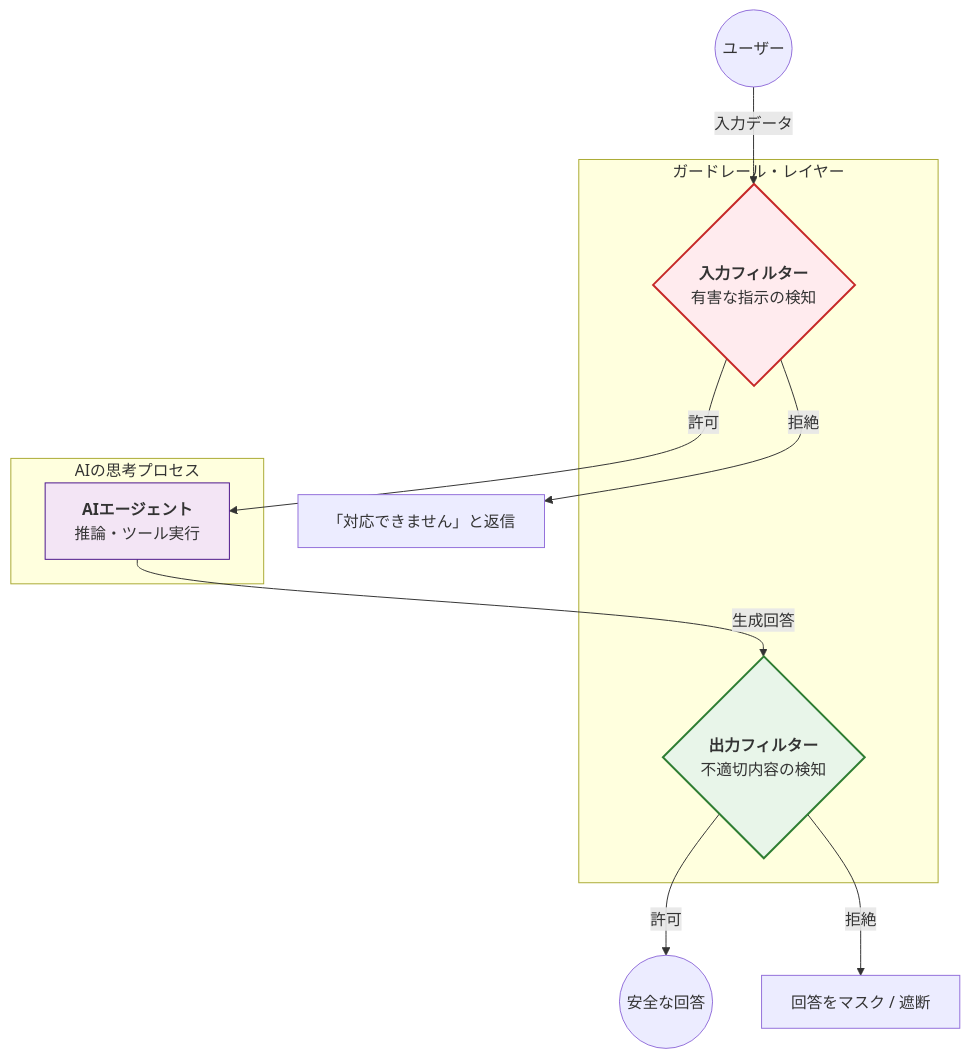
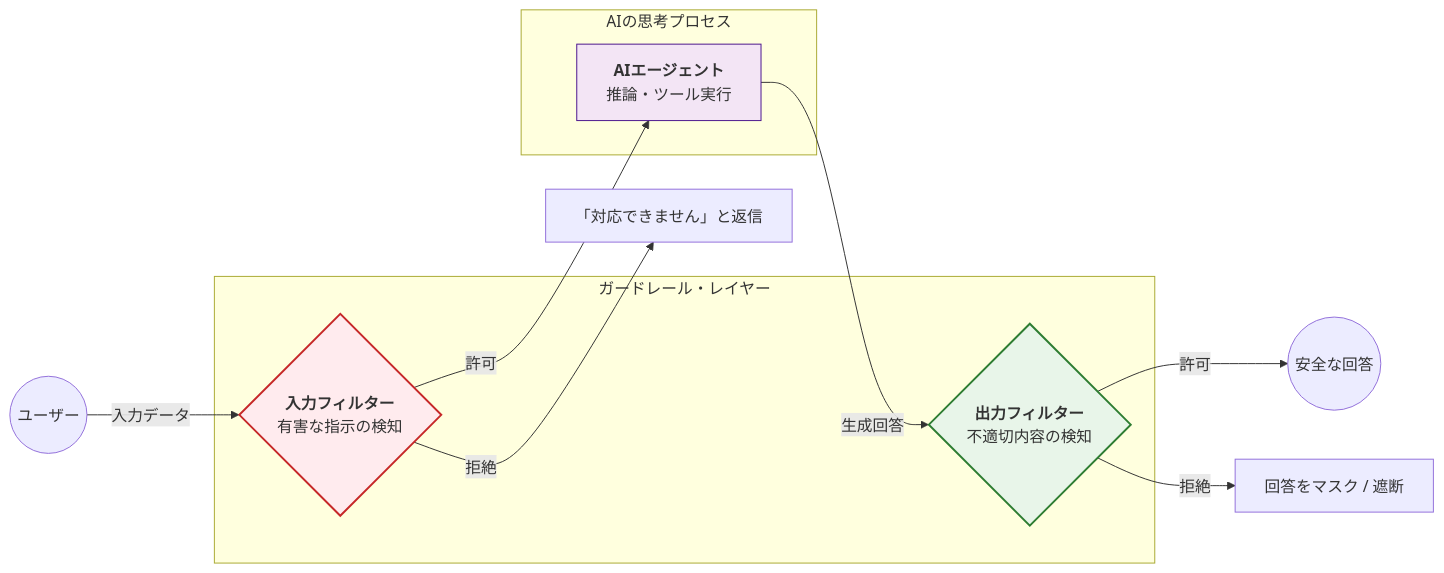
Before and after one commit to awk256/strandsagents: the diagram in 020.安全性とセキュリティ/020-020-010.ガードレール.md, drawn with Mermaid. The commit also changed 20 other files, not shown here.

````diff
--- a/020.安全性とセキュリティ/020-020-010.ガードレール.md
+++ b/020.安全性とセキュリティ/020-020-010.ガードレール.md
@@ -9,26 +9,26 @@
 ```mermaid
-graph TD
+graph LR
     User((ユーザー))
     
     subgraph Guardrail_Layer [ガードレール・レイヤー]
         Input_Filter{<b>入力フィルター</b><br/>有害な指示の検知}
         Output_Filter{<b>出力フィルター</b><br/>不適切内容の検知}
     end
 
     subgraph Processing [AIの思考プロセス]
         Agent[<b>AIエージェント</b><br/>推論・ツール実行]
     end
 
     %% データの流れ
     User -- 入力データ --> Input_Filter
     Input_Filter -- 許可 --> Agent
     Input_Filter -- 拒絶 --> Block_In[「対応できません」と返信]
     
     Agent -- 生成回答 --> Output_Filter
     Output_Filter -- 許可 --> Response((安全な回答))
     Output_Filter -- 拒絶 --> Block_Out[回答をマスク / 遮断]
 
     style Input_Filter fill:#ffebee,stroke:#c62828,stroke-width:2px
     style Output_Filter fill:#e8f5e9,stroke:#2e7d32,stroke-width:2px
     style Agent fill:#f3e5f5,stroke:#4a148c
 ```
````
